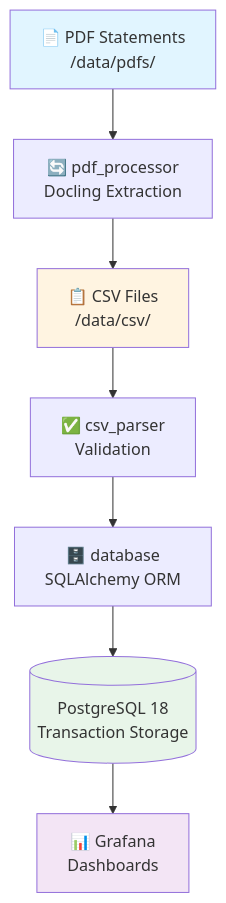
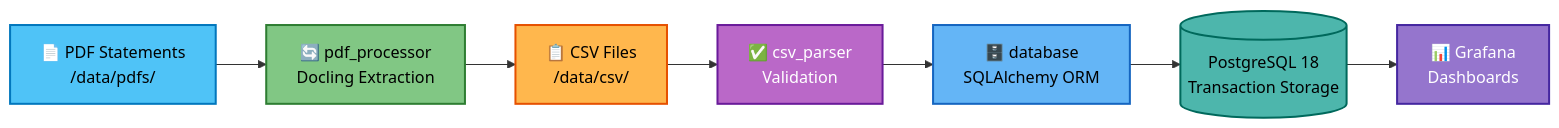
The diagram in README.md (Byte-93-Records/finance-dashboard), drawn with Mermaid before and after one commit. The commit also changed other lines of this file, not shown here.

Commit message:
Beautify mermaid diagram

````diff
--- a/README.md
+++ b/README.md
@@ -22,14 +23,17 @@
 ```mermaid
-flowchart TD
+flowchart LR
    A[📄 PDF Statements<br/>/data/pdfs/] --> B[🔄 pdf_processor<br/>Docling Extraction]
    B --> C[📋 CSV Files<br/>/data/csv/]
    C --> D[✅ csv_parser<br/>Validation]
    D --> E[🗄️ database<br/>SQLAlchemy ORM]
    E --> F[(PostgreSQL 18<br/>Transaction Storage)]
    F --> G[📊 Grafana<br/>Dashboards]
    
-   style A fill:#e1f5ff
-   style C fill:#fff4e1
-   style F fill:#e8f5e9
-   style G fill:#f3e5f5
+   style A fill:#4FC3F7,stroke:#0277BD,stroke-width:2px,color:#000
+   style B fill:#81C784,stroke:#2E7D32,stroke-width:2px,color:#000
+   style C fill:#FFB74D,stroke:#E65100,stroke-width:2px,color:#000
+   style D fill:#BA68C8,stroke:#6A1B9A,stroke-width:2px,color:#fff
+   style E fill:#64B5F6,stroke:#1565C0,stroke-width:2px,color:#000
+   style F fill:#4DB6AC,stroke:#00695C,stroke-width:2px,color:#000
+   style G fill:#9575CD,stroke:#4527A0,stroke-width:2px,color:#fff
 ```
````
